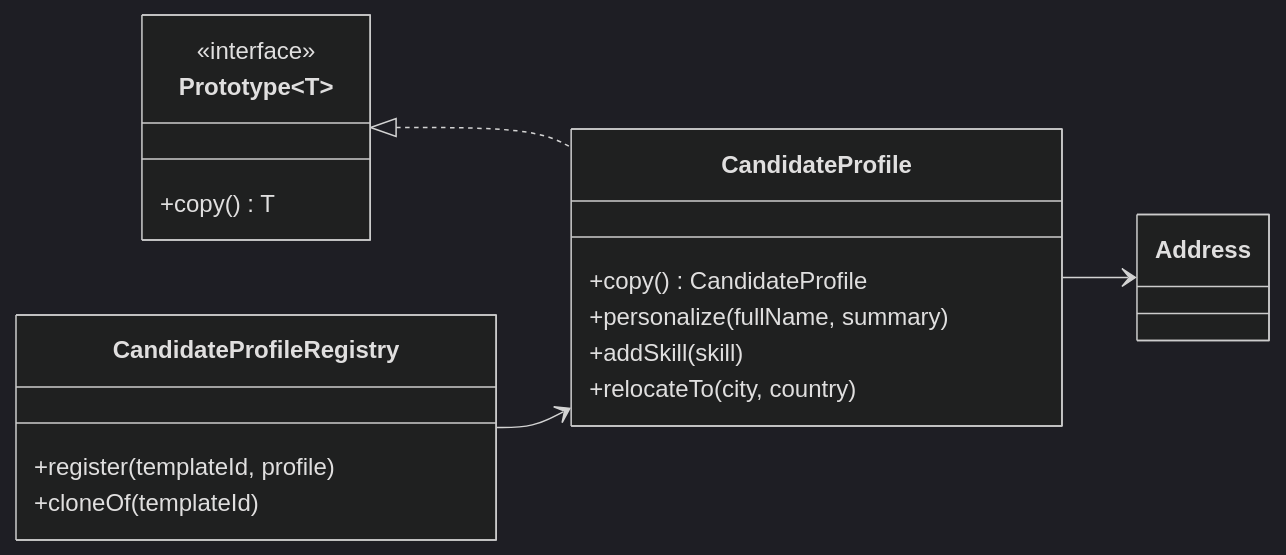
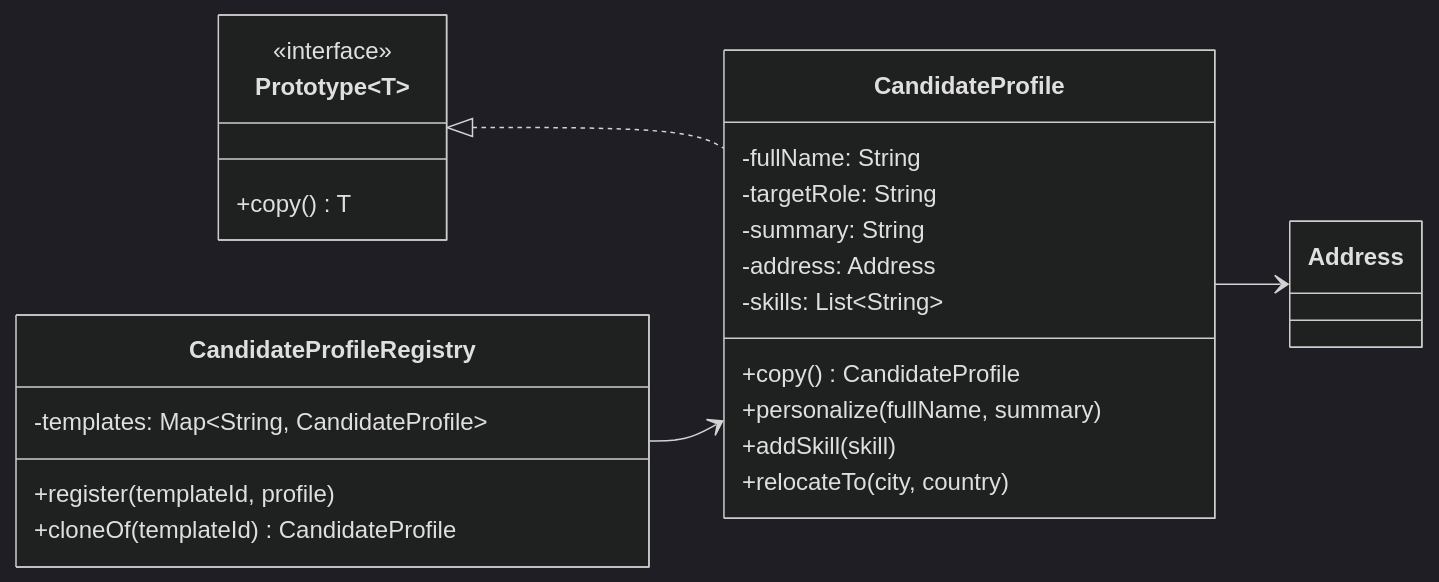
Before and after one commit to TunahanCan/design_pattern: the first of 2 diagrams in src/main/java/com/can/creational/prototype/explain/prototype.md, drawn with Mermaid (dark theme). The commit also changed other lines of this file and 4 other files, not shown here.

````diff
--- a/src/main/java/com/can/creational/prototype/explain/prototype.md
+++ b/src/main/java/com/can/creational/prototype/explain/prototype.md
@@ -30,27 +23,31 @@
 ```mermaid
 classDiagram
     direction LR
 
     class Prototype~T~ {
       <<interface>>
       +copy() T
     }
 
     class CandidateProfile {
+      -fullName: String
+      -targetRole: String
+      -summary: String
+      -address: Address
+      -skills: List~String~
       +copy() CandidateProfile
       +personalize(fullName, summary)
       +addSkill(skill)
       +relocateTo(city, country)
     }
 
     class CandidateProfileRegistry {
+      -templates: Map~String, CandidateProfile~
       +register(templateId, profile)
-      +cloneOf(templateId)
+      +cloneOf(templateId) CandidateProfile
     }
 
-    class Address
-
     Prototype <|.. CandidateProfile
+    CandidateProfileRegistry --> CandidateProfile
     CandidateProfile --> Address
-    CandidateProfileRegistry --> CandidateProfile
 ```
````
